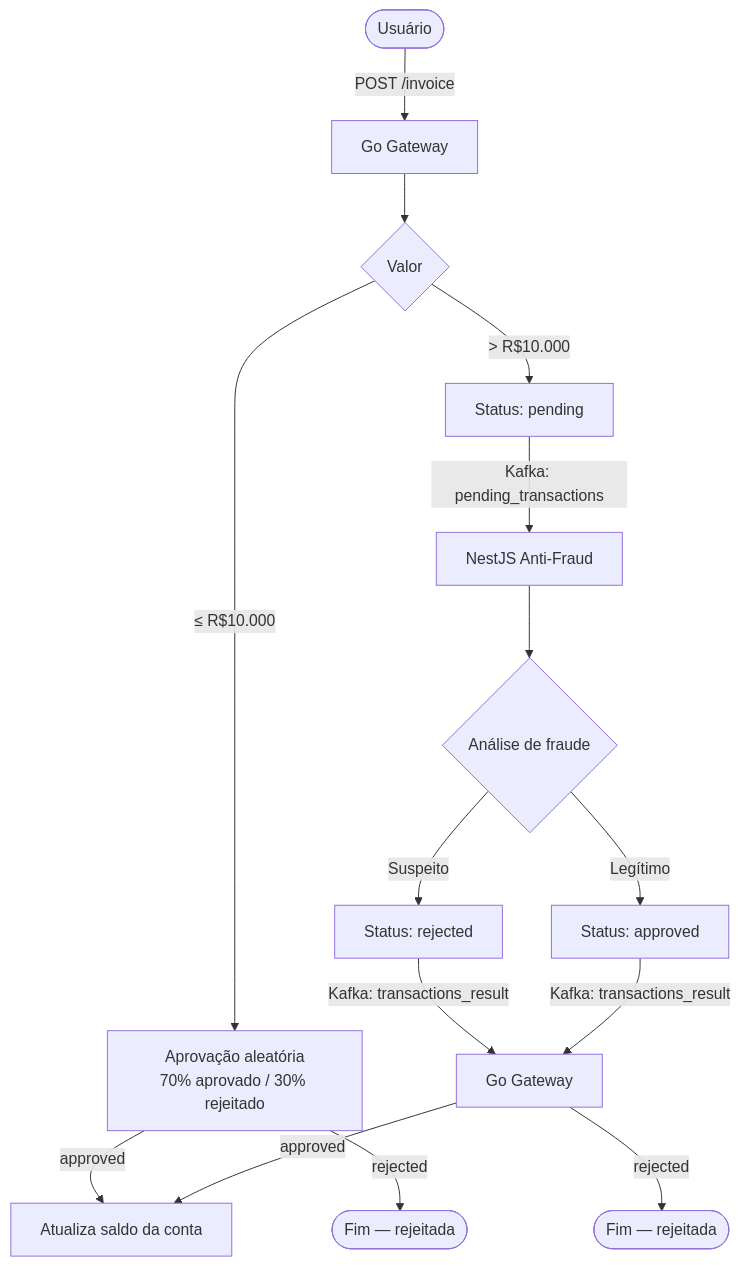
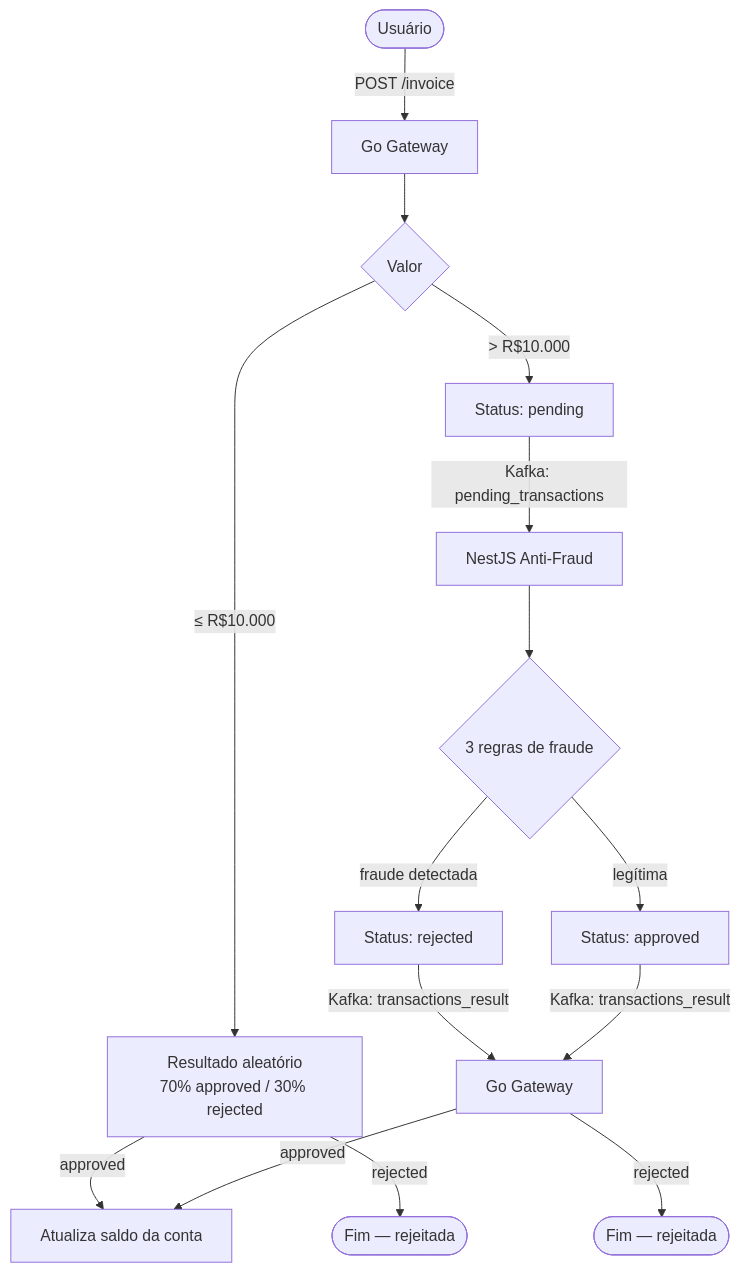
One commit to rafaelmachadobr/payment-gateway changed the second of 2 diagrams in README.md. Above: the diagram before and after it, drawn with Mermaid. The commit also changed other lines of this file and 9 other files, not shown here.

````diff
--- a/README.md
+++ b/README.md
@@ -116,17 +41,17 @@
 ```mermaid
 flowchart TD
     A([Usuário]) -->|POST /invoice| B[Go Gateway]
     B --> C{Valor}
-    C -->|≤ R$10.000| D["Aprovação aleatória\n70% aprovado / 30% rejeitado"]
+    C -->|≤ R$10.000| D["Resultado aleatório\n70% approved / 30% rejected"]
     C -->|> R$10.000| E[Status: pending]
     D -->|approved| F[Atualiza saldo da conta]
     D -->|rejected| G([Fim — rejeitada])
     E -->|Kafka: pending_transactions| H[NestJS Anti-Fraud]
-    H --> I{Análise de fraude}
-    I -->|Suspeito| J[Status: rejected]
-    I -->|Legítimo| K[Status: approved]
+    H --> I{3 regras de fraude}
+    I -->|fraude detectada| J[Status: rejected]
+    I -->|legítima| K[Status: approved]
     J -->|Kafka: transactions_result| L[Go Gateway]
     K -->|Kafka: transactions_result| L
     L -->|rejected| M([Fim — rejeitada])
     L -->|approved| F
 ```
````
